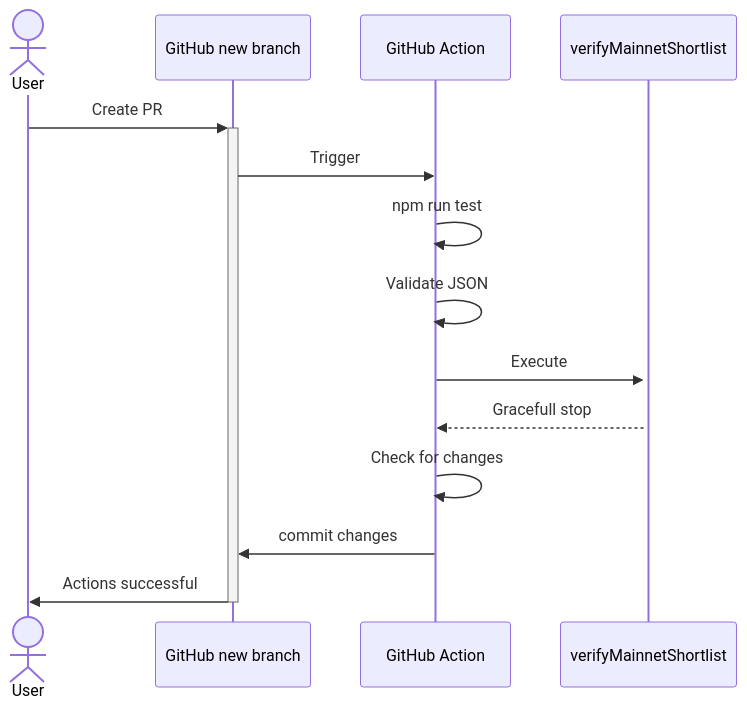
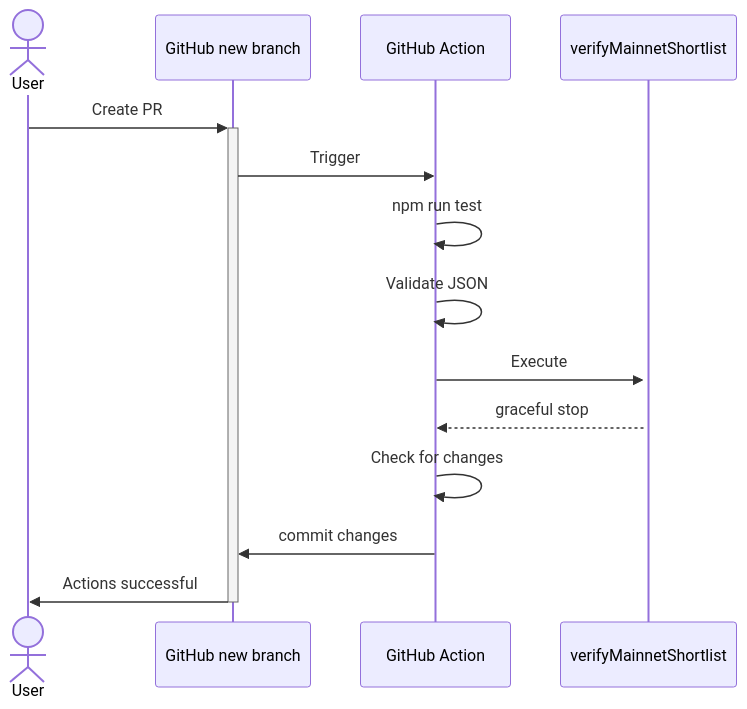
Before and after one commit to Consensys/linea-token-list: the diagram in docs/mermaid/diagrams/verify-mainnet-shortlist-action.mmd, drawn with Mermaid. The commit also changed 3 other files, not shown here.

```diff
--- a/docs/mermaid/diagrams/verify-mainnet-shortlist-action.mmd
+++ b/docs/mermaid/diagrams/verify-mainnet-shortlist-action.mmd
@@ -1,12 +1,12 @@
 sequenceDiagram
     actor User
     
     User->>+GitHub new branch: Create PR
     GitHub new branch->>GitHub Action: Trigger
     GitHub Action->>GitHub Action: npm run test
     GitHub Action->>GitHub Action: Validate JSON
     GitHub Action->>+verifyMainnetShortlist: Execute
-    verifyMainnetShortlist-->>GitHub Action: Gracefull stop
+    verifyMainnetShortlist-->>GitHub Action: graceful stop
     GitHub Action->>GitHub Action: Check for changes
     GitHub Action->>GitHub new branch:commit changes
     GitHub new branch->>-User: Actions successful
```
